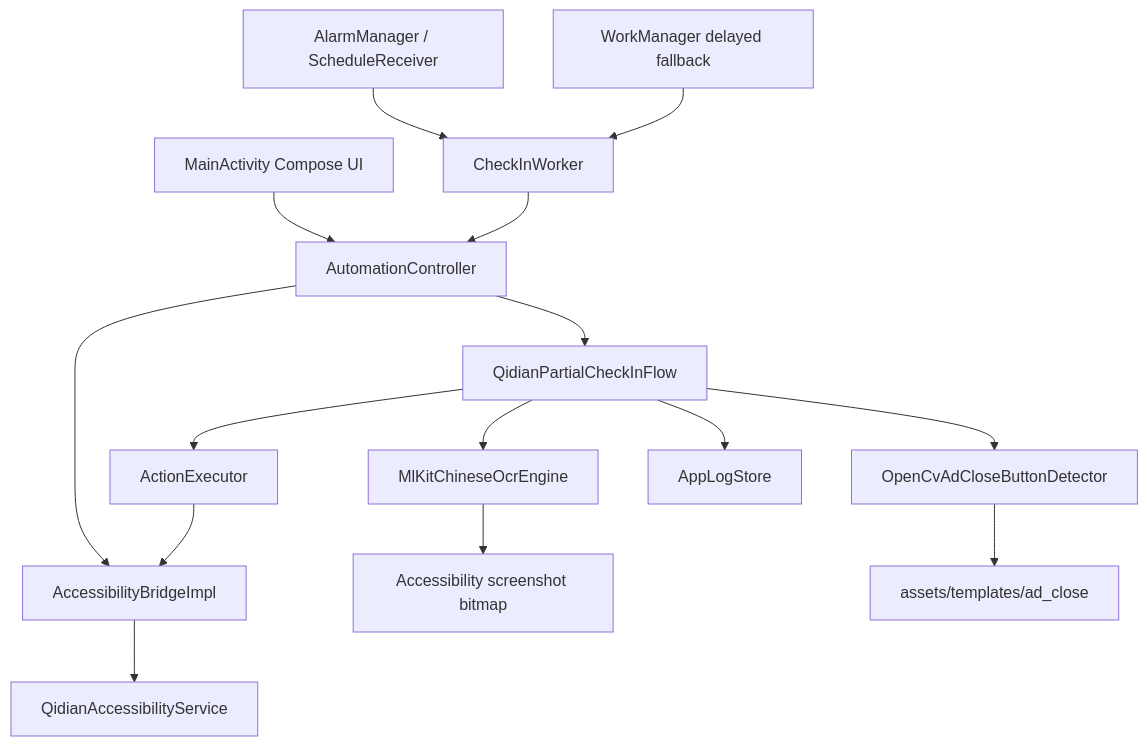
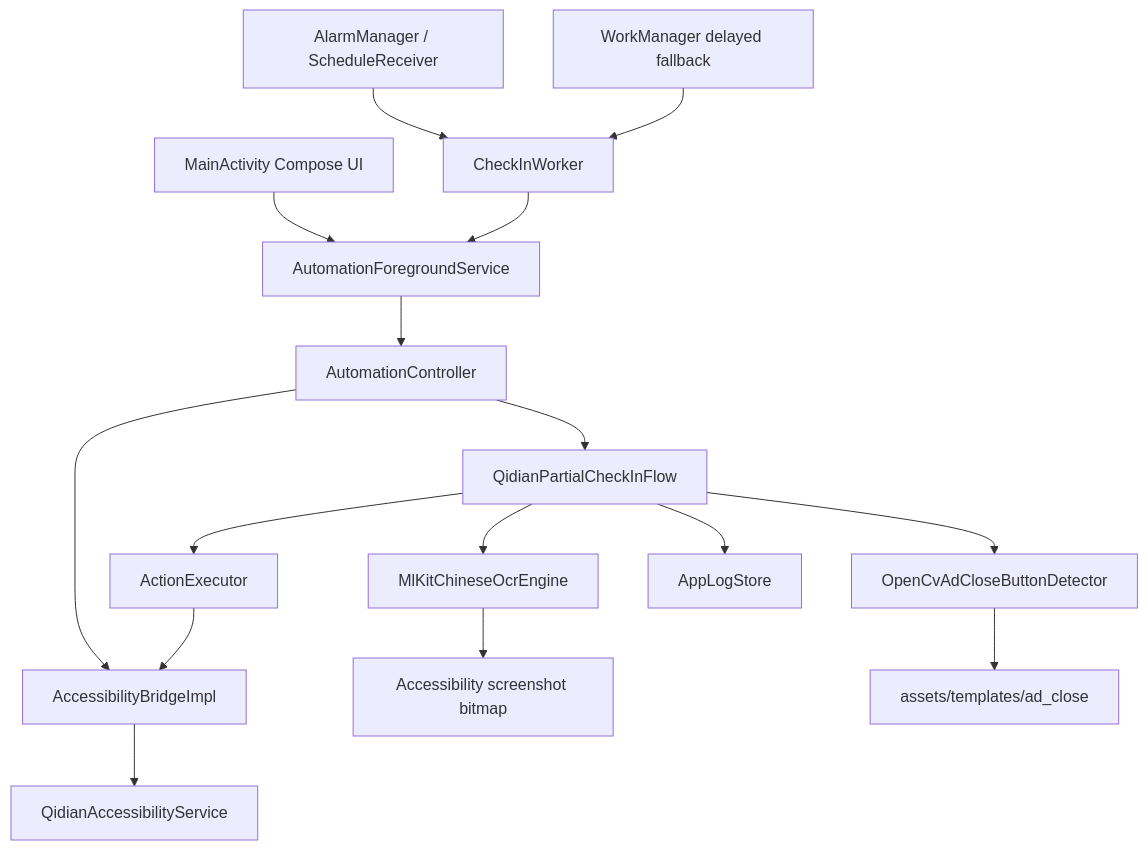
Before and after one commit to SunnyDay00/QDReader.today: the diagram in docs/TECHNICAL.md, drawn with Mermaid. The commit also changed other lines of this file and 10 other files, not shown here.

````diff
--- a/docs/TECHNICAL.md
+++ b/docs/TECHNICAL.md
@@ -44,17 +44,18 @@
 ```mermaid
 flowchart TD
-    UI["MainActivity Compose UI"] --> Controller["AutomationController"]
+    UI["MainActivity Compose UI"] --> Foreground["AutomationForegroundService"]
     Alarm["AlarmManager / ScheduleReceiver"] --> Schedule["CheckInWorker"]
     Fallback["WorkManager delayed fallback"] --> Schedule
-    Schedule --> Controller
+    Schedule --> Foreground
+    Foreground --> Controller["AutomationController"]
     Controller --> Bridge["AccessibilityBridgeImpl"]
     Controller --> Flow["QidianPartialCheckInFlow"]
     Flow --> Executor["ActionExecutor"]
     Executor --> Bridge
     Flow --> Ocr["MlKitChineseOcrEngine"]
     Flow --> CloseDetector["OpenCvAdCloseButtonDetector"]
     Bridge --> Service["QidianAccessibilityService"]
     Ocr --> Screenshot["Accessibility screenshot bitmap"]
     CloseDetector --> Templates["assets/templates/ad_close"]
     Flow --> Logs["AppLogStore"]
 ```
````
